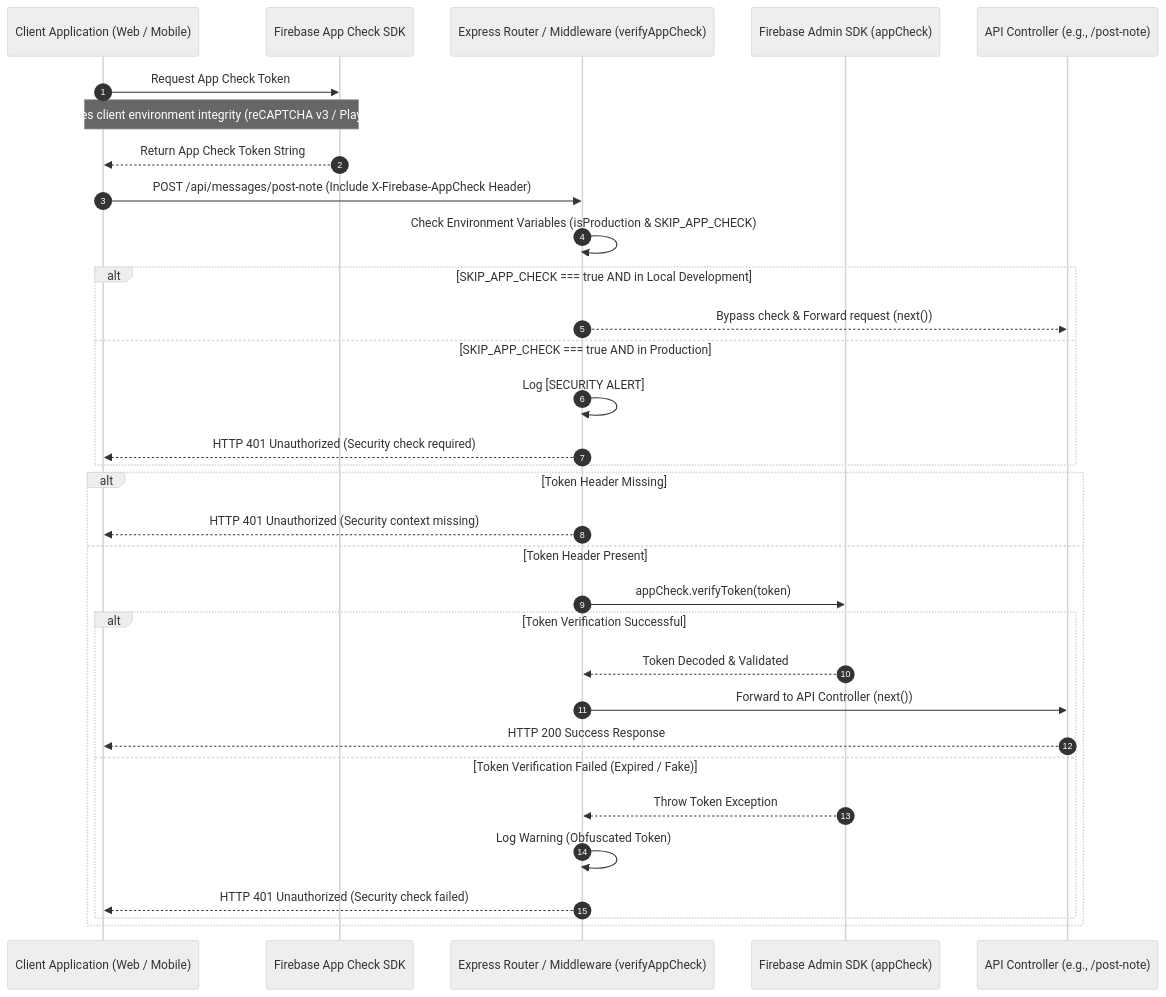
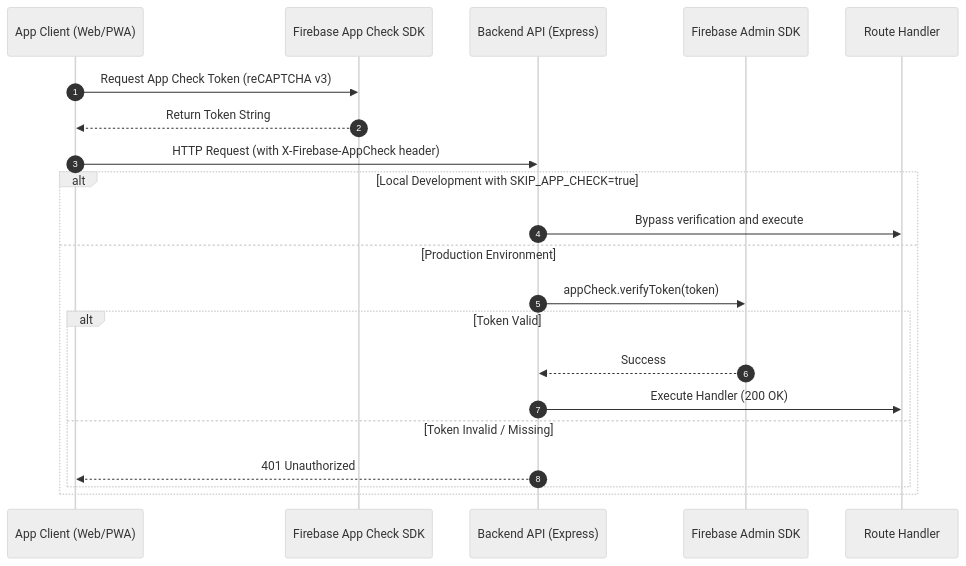
The diagram in docs/security-architecture.md (ScriptureHabit/scripture-habit), drawn with Mermaid (neutral theme) before and after one commit. The commit also changed other lines of this file and 15 other files, not shown here.

Commit message:
docs: refine and simplify all Architecture Overview documentation in Japanese and English

````diff
--- a/docs/security-architecture.md
+++ b/docs/security-architecture.md
@@ -30,37 +27,25 @@
 ```mermaid
 sequenceDiagram
     autonumber
-    participant Client as Client Application (Web / Mobile)
+    participant Client as App Client (Web/PWA)
     participant SDK as Firebase App Check SDK
-    participant API as Express Router / Middleware (verifyAppCheck)
-    participant Admin as Firebase Admin SDK (appCheck)
-    participant Controller as API Controller (e.g., /post-note)
- 
-    Client->>SDK: Request App Check Token
-    Note over Client,SDK: SDK verifies client environment integrity (reCAPTCHA v3 / Play Integrity)
-    SDK-->>Client: Return App Check Token String
-    Client->>API: POST /api/messages/post-note (Include X-Firebase-AppCheck Header)
+    participant API as Backend API (Express)
+    participant Admin as Firebase Admin SDK
+    participant Handler as Route Handler
+
+    Client->>SDK: Request App Check Token (reCAPTCHA v3)
+    SDK-->>Client: Return Token String
+    Client->>API: HTTP Request (with X-Firebase-AppCheck header)
     
-    API->>API: Check Environment Variables (isProduction & SKIP_APP_CHECK)
-    alt SKIP_APP_CHECK === true AND in Local Development
-        API-->>Controller: Bypass check & Forward request (next())
-    else SKIP_APP_CHECK === true AND in Production
-        API->>API: Log [SECURITY ALERT]
-        API-->>Client: HTTP 401 Unauthorized (Security check required)
-    end
- 
-    alt Token Header Missing
-        API-->>Client: HTTP 401 Unauthorized (Security context missing)
-    else Token Header Present
+    alt Local Development with SKIP_APP_CHECK=true
+        API->>Handler: Bypass verification and execute
+    else Production Environment
         API->>Admin: appCheck.verifyToken(token)
-        alt Token Verification Successful
-            Admin-->>API: Token Decoded & Validated
-            API->>Controller: Forward to API Controller (next())
-            Controller-->>Client: HTTP 200 Success Response
-        else Token Verification Failed (Expired / Fake)
-            Admin-->>API: Throw Token Exception
-            API->>API: Log Warning (Obfuscated Token)
-            API-->>Client: HTTP 401 Unauthorized (Security check failed)
+        alt Token Valid
+            Admin-->>API: Success
+            API->>Handler: Execute Handler (200 OK)
+        else Token Invalid / Missing
+            API-->>Client: 401 Unauthorized
         end
     end
 ```
````
